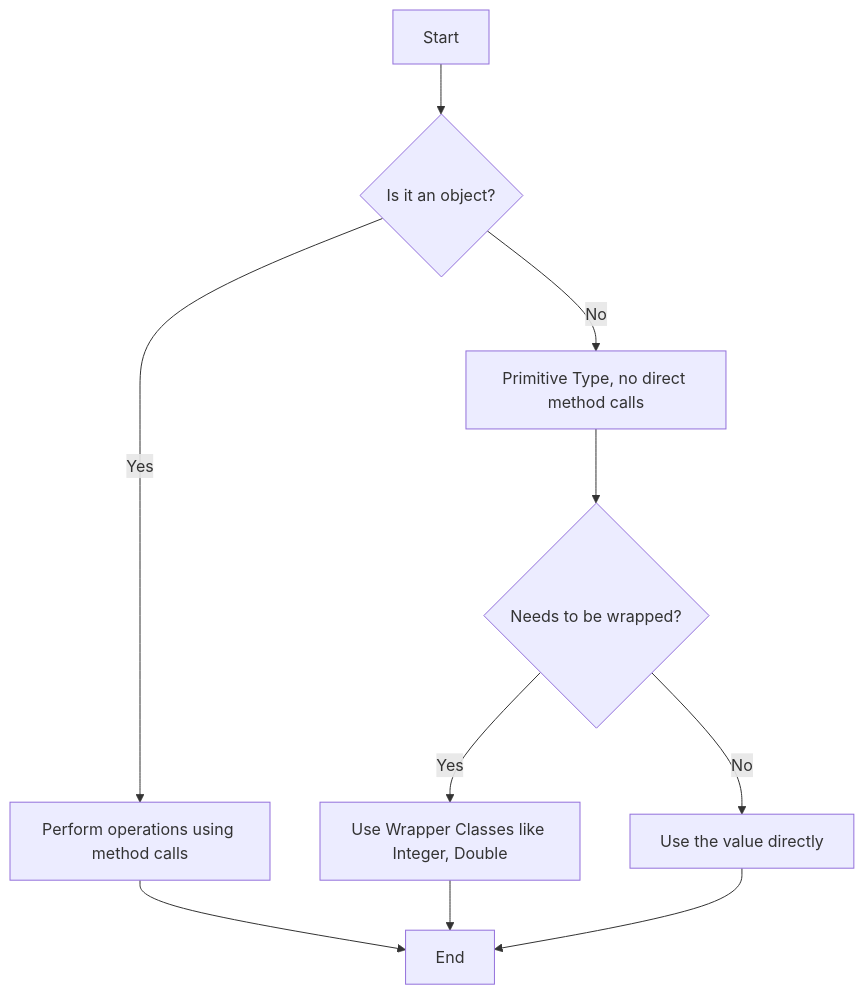
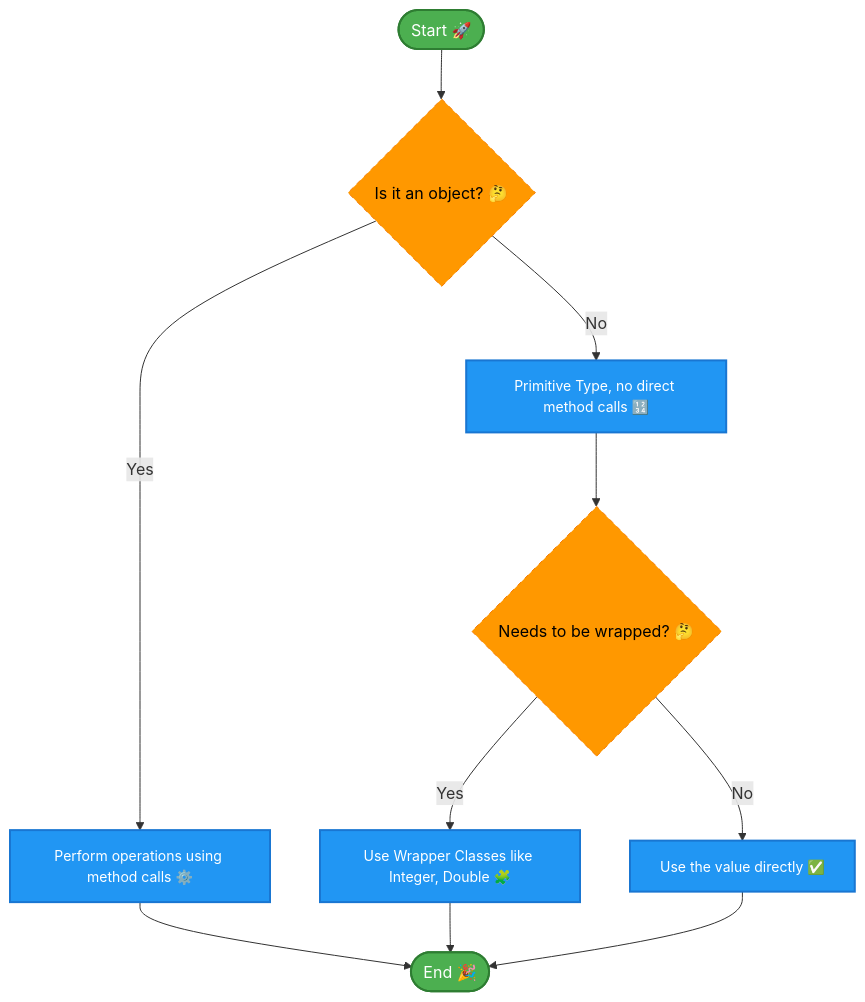
One commit to infoyouth/infoyouth.github.io changed the first of 7 diagrams in _posts/2024-12-16-08.-oops-in-java.md. Above: the diagram before and after it, drawn with Mermaid. The commit also changed other lines of this file and 1 other file, not shown here.

````diff
--- a/_posts/2024-12-16-08.-oops-in-java.md
+++ b/_posts/2024-12-16-08.-oops-in-java.md
@@ -155,12 +159,22 @@
 ```mermaid
 flowchart TD
-    A[Start] --> B{Is it an object?};
-    B -- Yes --> C[Perform operations using method calls];
-    B -- No --> D[Primitive Type, no direct method calls];
-    D --> E{Needs to be wrapped?};
-    E -- Yes --> F[Use Wrapper Classes like Integer, Double];
-    E -- No --> G[Use the value directly];
-    C --> H[End];
-    F --> H;
-    G --> H;
+    style A fill:#4CAF50,stroke:#2E7D32,color:#FFFFFF,font-size:16px,stroke-width:2px
+    style B fill:#FF9800,stroke:#F57C00,color:#000000,font-size:16px,stroke-dasharray:5 5
+    style C fill:#2196F3,stroke:#1976D2,color:#FFFFFF,font-size:14px,stroke-width:2px
+    style D fill:#2196F3,stroke:#1976D2,color:#FFFFFF,font-size:14px,stroke-width:2px
+    style E fill:#FF9800,stroke:#F57C00,color:#000000,font-size:16px,stroke-dasharray:5 5
+    style F fill:#2196F3,stroke:#1976D2,color:#FFFFFF,font-size:14px,stroke-width:2px
+    style G fill:#2196F3,stroke:#1976D2,color:#FFFFFF,font-size:14px,stroke-width:2px
+    style H fill:#4CAF50,stroke:#2E7D32,color:#FFFFFF,font-size:16px,stroke-width:2px
+
+    A([Start 🚀]) --> B{Is it an object? 🤔}
+    B -- Yes --> C[Perform operations using method calls ⚙️]
+    B -- No --> D[Primitive Type, no direct method calls 🔢]
+    D --> E{Needs to be wrapped? 🤔}
+    E -- Yes --> F[Use Wrapper Classes like Integer, Double 🧩]
+    E -- No --> G[Use the value directly ✅]
+    C --> H([End 🎉])
+    F --> H
+    G --> H
+
 ```
````
